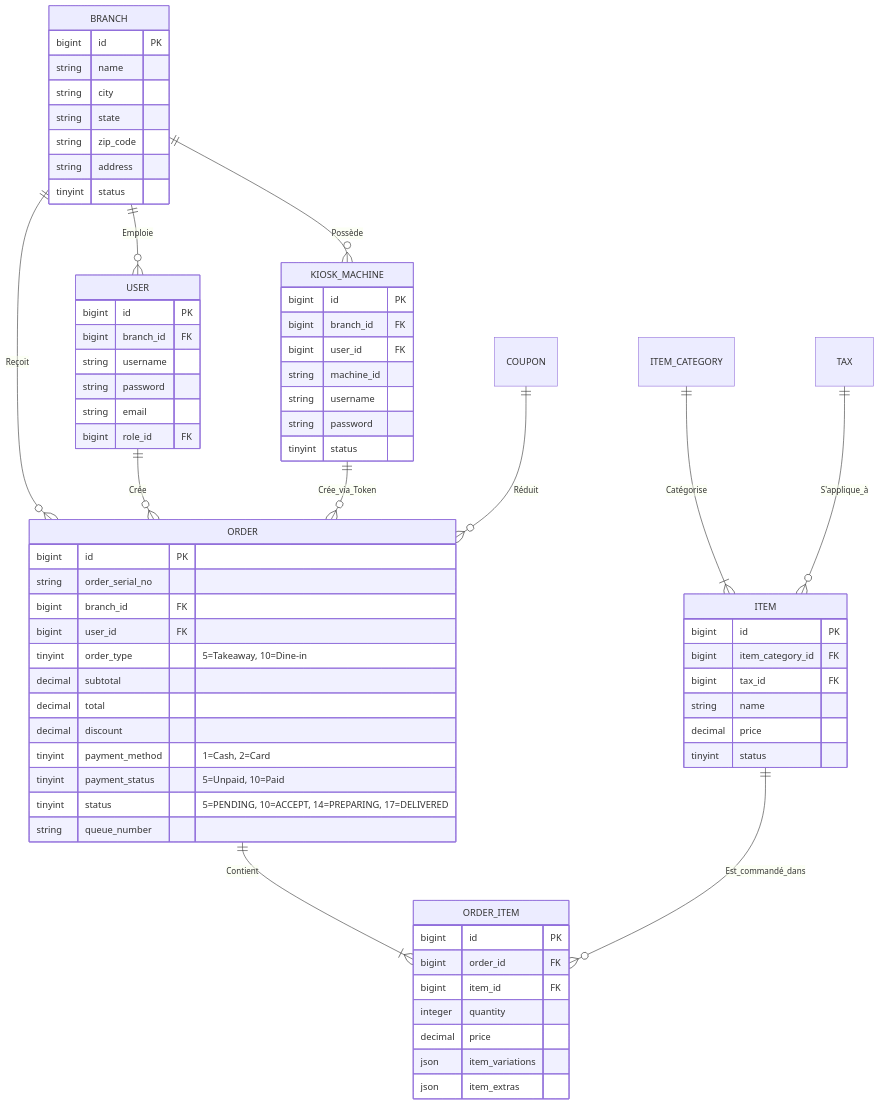
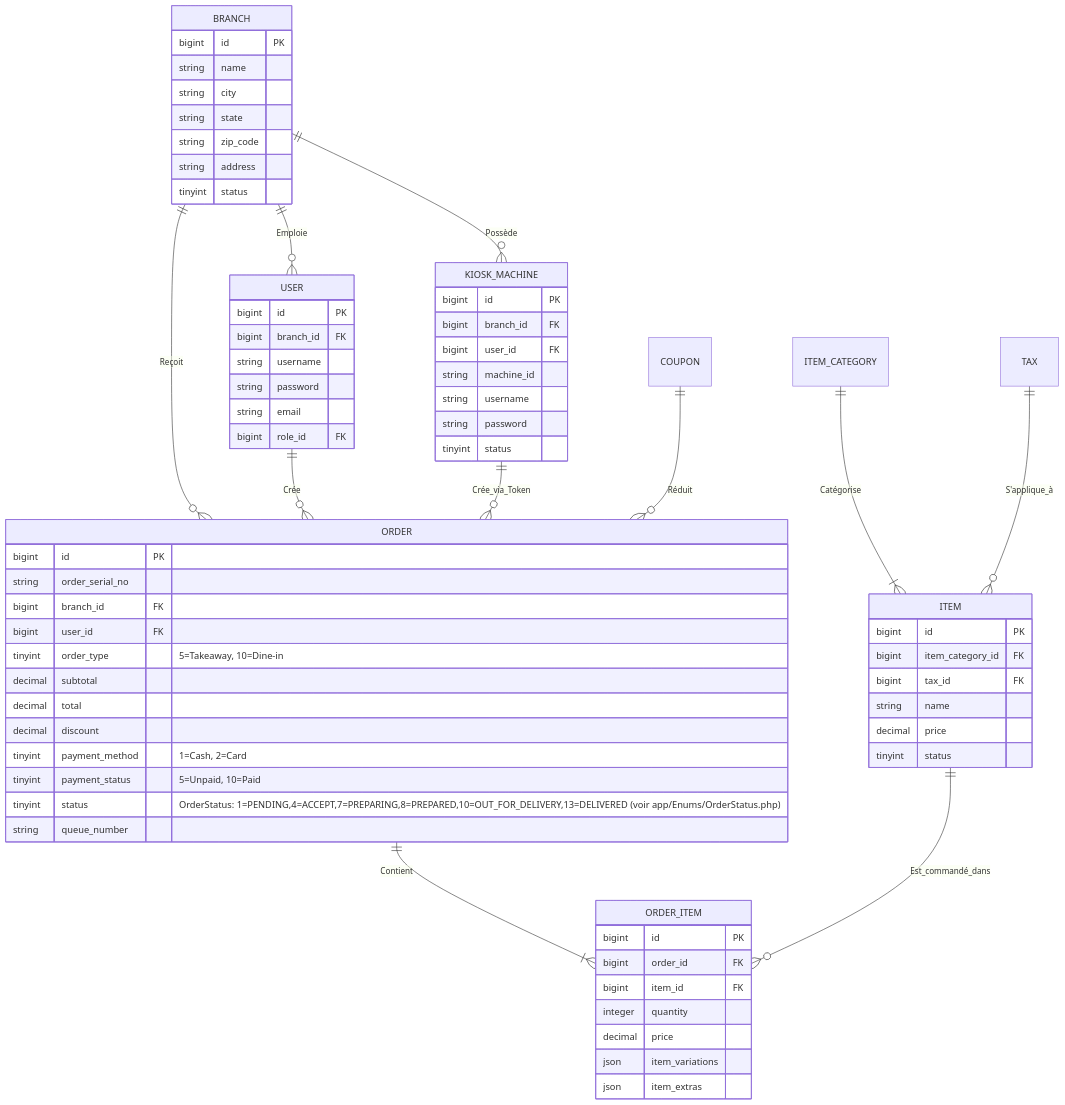
The first of 2 diagrams in docs/ARCHITECTURE_TECHNIQUE.md (loeymot-sketch/testttt), drawn with Mermaid before and after one commit. The commit also changed other lines of this file and 73 other files, not shown here.

````diff
--- a/docs/ARCHITECTURE_TECHNIQUE.md
+++ b/docs/ARCHITECTURE_TECHNIQUE.md
@@ -227,79 +227,79 @@
 ```mermaid
 erDiagram
     BRANCH ||--o{ USER : "Emploie"
     BRANCH ||--o{ KIOSK_MACHINE : "Possède"
     BRANCH ||--o{ ORDER : "Reçoit"
     
     USER ||--o{ ORDER : "Crée"
     KIOSK_MACHINE ||--o{ ORDER : "Crée_via_Token"
     
     ORDER ||--|{ ORDER_ITEM : "Contient"
     ITEM ||--o{ ORDER_ITEM : "Est_commandé_dans"
     
     ITEM_CATEGORY ||--|{ ITEM : "Catégorise"
     TAX ||--o{ ITEM : "S'applique_à"
     COUPON ||--o{ ORDER : "Réduit"
     
     BRANCH {
         bigint id PK
         string name
         string city
         string state
         string zip_code
         string address
         tinyint status
     }
 
     USER {
         bigint id PK
         bigint branch_id FK
         string username
         string password
         string email
         bigint role_id FK
     }
 
     KIOSK_MACHINE {
         bigint id PK
         bigint branch_id FK
         bigint user_id FK
         string machine_id
         string username
         string password
         tinyint status
     }
 
     ORDER {
         bigint id PK
         string order_serial_no
         bigint branch_id FK
         bigint user_id FK
         tinyint order_type "5=Takeaway, 10=Dine-in"
         decimal subtotal
         decimal total
         decimal discount
         tinyint payment_method "1=Cash, 2=Card"
         tinyint payment_status "5=Unpaid, 10=Paid"
-        tinyint status "5=PENDING, 10=ACCEPT, 14=PREPARING, 17=DELIVERED"
+        tinyint status "OrderStatus: 1=PENDING,4=ACCEPT,7=PREPARING,8=PREPARED,10=OUT_FOR_DELIVERY,13=DELIVERED (voir app/Enums/OrderStatus.php)"
         string queue_number
     }
 
     ITEM {
         bigint id PK
         bigint item_category_id FK
         bigint tax_id FK
         string name
         decimal price
         tinyint status
     }
 
     ORDER_ITEM {
         bigint id PK
         bigint order_id FK
         bigint item_id FK
         integer quantity
         decimal price
         json item_variations
         json item_extras
     }
 ```
````
